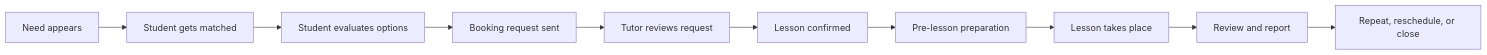
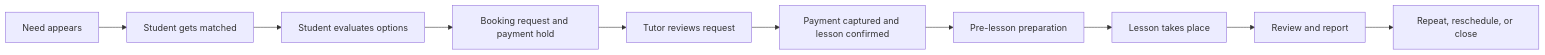
One commit to Pavelya/tutorib changed the diagram in docs/foundations/service-blueprint-two-sided.md. Above: the diagram before and after it, drawn with Mermaid. The commit also changed other lines of this file and 14 other files, not shown here.

````diff
--- a/docs/foundations/service-blueprint-two-sided.md
+++ b/docs/foundations/service-blueprint-two-sided.md
@@ -61,12 +62,12 @@
 ```mermaid
 flowchart LR
   A["Need appears"] --> B["Student gets matched"]
   B --> C["Student evaluates options"]
-  C --> D["Booking request sent"]
+  C --> D["Booking request and payment hold"]
   D --> E["Tutor reviews request"]
-  E --> F["Lesson confirmed"]
+  E --> F["Payment captured and lesson confirmed"]
   F --> G["Pre-lesson preparation"]
   G --> H["Lesson takes place"]
   H --> I["Review and report"]
   I --> J["Repeat, reschedule, or close"]
 ```
````
